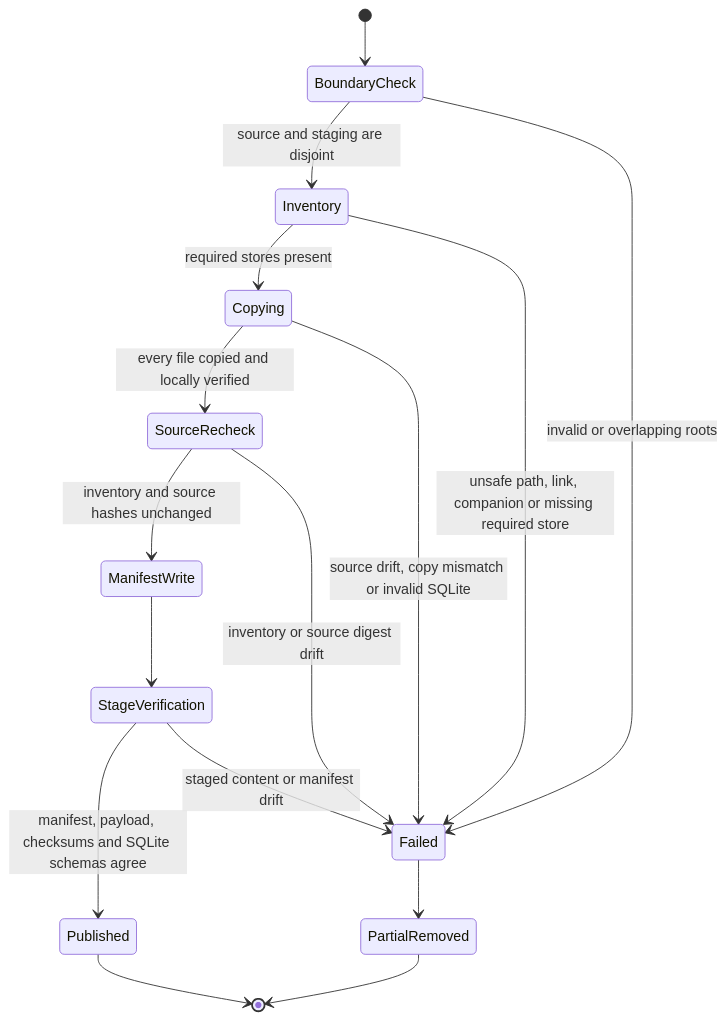
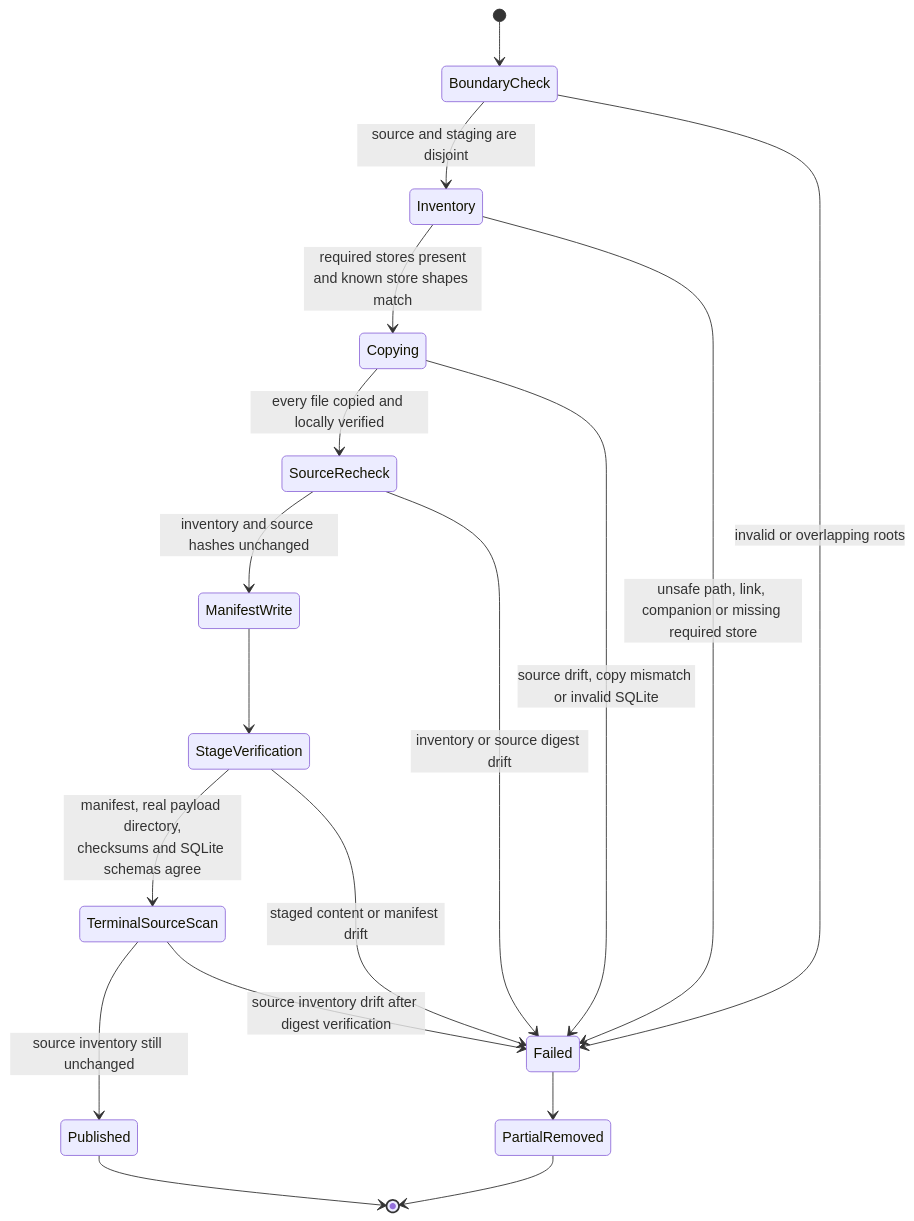
The second of 2 diagrams in knowledge/features/backup-and-restore.md (matthiasn/lotti), drawn with Mermaid before and after one commit. The commit also changed other lines of this file and 2 other files, not shown here.

````diff
--- a/knowledge/features/backup-and-restore.md
+++ b/knowledge/features/backup-and-restore.md
@@ -155,18 +155,20 @@
 ```mermaid
 stateDiagram-v2
   [*] --> BoundaryCheck
   BoundaryCheck --> Inventory: source and staging are disjoint
-  Inventory --> Copying: required stores present
+  Inventory --> Copying: required stores present<br/>and known store shapes match
   Copying --> SourceRecheck: every file copied and locally verified
   SourceRecheck --> ManifestWrite: inventory and source hashes unchanged
   ManifestWrite --> StageVerification
-  StageVerification --> Published: manifest, payload, checksums and SQLite schemas agree
+  StageVerification --> TerminalSourceScan: manifest, real payload directory,<br/>checksums and SQLite schemas agree
+  TerminalSourceScan --> Published: source inventory still unchanged
   Published --> [*]
   BoundaryCheck --> Failed: invalid or overlapping roots
   Inventory --> Failed: unsafe path, link, companion or missing required store
   Copying --> Failed: source drift, copy mismatch or invalid SQLite
   SourceRecheck --> Failed: inventory or source digest drift
   StageVerification --> Failed: staged content or manifest drift
+  TerminalSourceScan --> Failed: source inventory drift after digest verification
   Failed --> PartialRemoved
   PartialRemoved --> [*]
 ```
````
